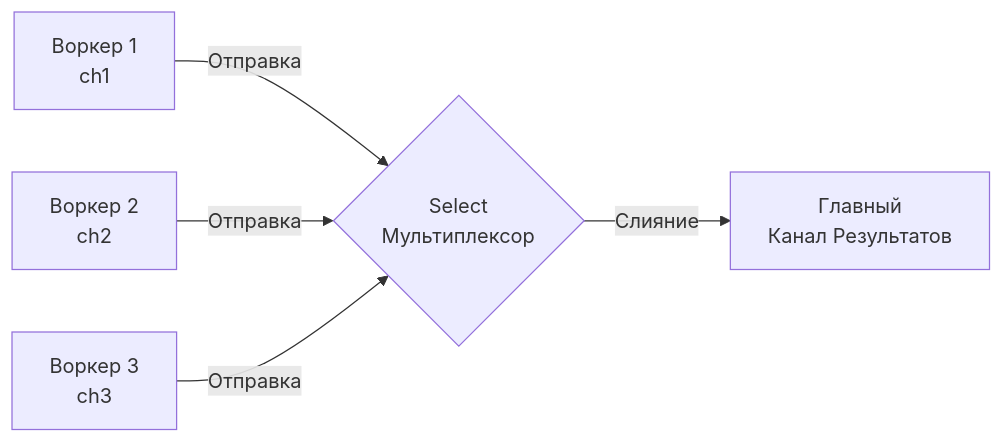
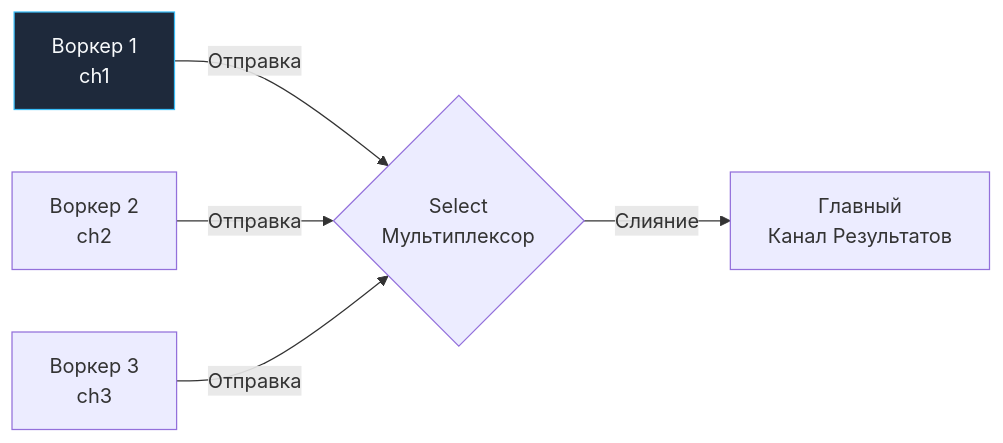
One commit to UnrealTemplier/go-textbook changed the third of 3 diagrams in sources/5. Учебник по Go (Основы и синтаксис)/38. Select. Ожидание нескольких каналов.md. Above: the diagram before and after it, drawn with Mermaid. The commit also changed other lines of this file and 1666 other files, not shown here.

First line of the commit message:
feat(mermaid): add semantic color classDef to 1369 colorless flowchart/graph diagrams

````diff
--- a/sources/5. Учебник по Go (Основы и синтаксис)/38. Select. Ожидание нескольких каналов.md
+++ b/sources/5. Учебник по Go (Основы и синтаксис)/38. Select. Ожидание нескольких каналов.md
@@ -143,7 +153,17 @@
 ```mermaid
 flowchart LR
-    W1["Воркер 1<br>ch1"] -->|Отправка| S{"Select<br>Мультиплексор"}
+    classDef process  fill:#1e293b,stroke:#38bdf8,stroke-width:1px,color:#f8fafc
+    classDef success  fill:#064e3b,stroke:#34d399,stroke-width:1px,color:#f8fafc
+    classDef error    fill:#7f1d1d,stroke:#f87171,stroke-width:1px,color:#f8fafc
+    classDef warning  fill:#78350f,stroke:#fbbf24,stroke-width:1px,color:#f8fafc
+    classDef entry    fill:#1e3a5f,stroke:#38bdf8,stroke-width:2px,color:#f8fafc
+    classDef aux      fill:#334155,stroke:#64748b,stroke-width:1px,color:#f8fafc
+    classDef system   fill:#312e81,stroke:#a78bfa,stroke-width:1px,color:#f8fafc
+    classDef data     fill:#132d29,stroke:#2dd4bf,stroke-width:1px,color:#f8fafc
+    classDef network  fill:#881337,stroke:#fb7185,stroke-width:1px,color:#f8fafc
+    classDef accent   fill:#1e1b4b,stroke:#818cf8,stroke-width:1px,color:#f8fafc
+    W1["Воркер 1<br>ch1"]:::process -->|Отправка| S{"Select<br>Мультиплексор"}
     W2["Воркер 2<br>ch2"] -->|Отправка| S
     W3["Воркер 3<br>ch3"] -->|Отправка| S
     S -->|Слияние| R["Главный<br>Канал Результатов"]
 ```
````
